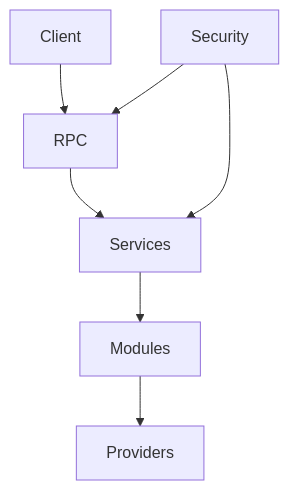
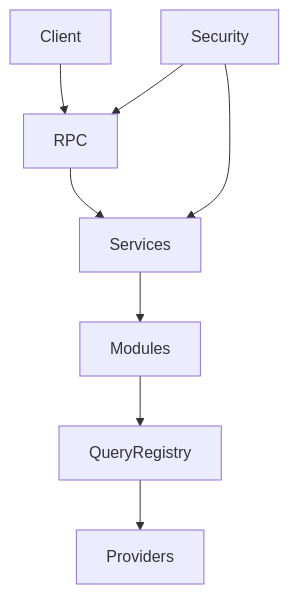
One commit to elide-us/elideus-group changed the diagram in ARCHITECTURE.md. Above: the diagram before and after it, drawn with Mermaid. The commit also changed other lines of this file and 21 other files, not shown here.

Commit message:
Refactor query registry into top-level package

````diff
--- a/ARCHITECTURE.md
+++ b/ARCHITECTURE.md
@@ -8,9 +8,10 @@
 ```mermaid
 flowchart TD
   Client --> RPC
   RPC --> Services
   Services --> Modules
-  Modules --> Providers
+  Modules --> QueryRegistry
+  QueryRegistry --> Providers
   Security --> RPC
   Security --> Services
 ```
````
